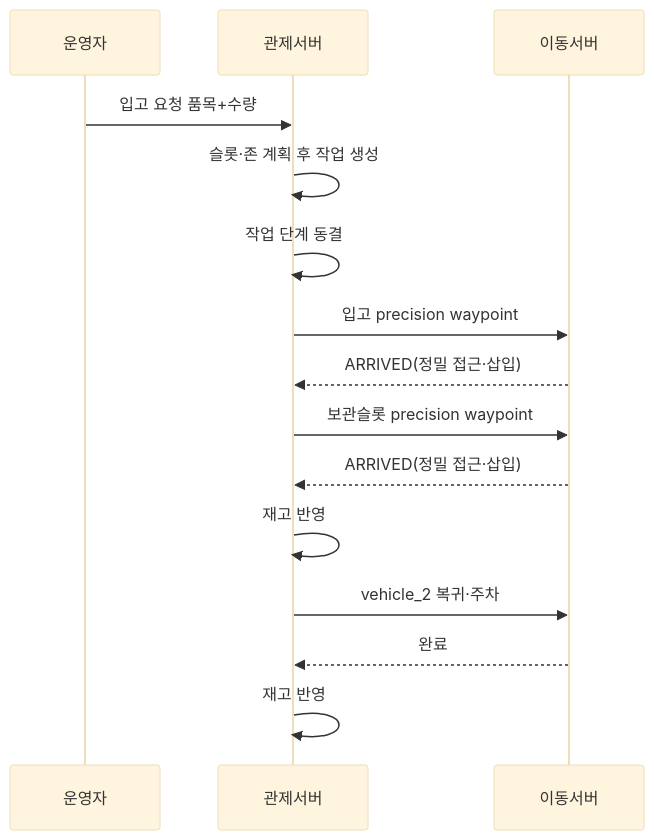
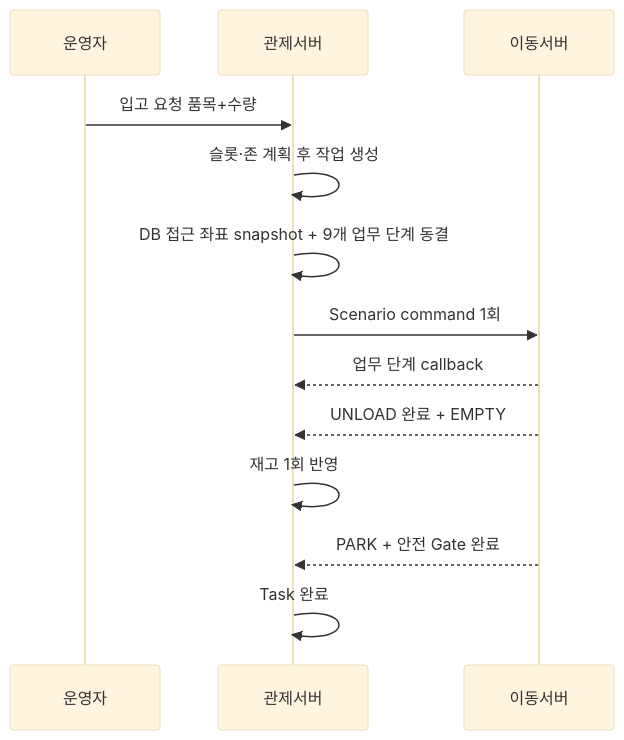
The fourth of 10 diagrams in main_server/docs/ARCHITECTURE.md (eduwing-robotics/ros2-ai-amr-repo3), drawn with Mermaid (base theme) before and after one commit. The commit also changed other lines of this file and 31 other files, not shown here.

Commit message:
feat(main): adopt movement scenario api v1

````diff
--- a/main_server/docs/ARCHITECTURE.md
+++ b/main_server/docs/ARCHITECTURE.md
@@ -95,17 +97,15 @@
 ```mermaid
 sequenceDiagram
   participant Op as 운영자
   participant Main as 관제서버
   participant Mov as 이동서버
   Op->>Main: 입고 요청 품목+수량
   Main->>Main: 슬롯·존 계획 후 작업 생성
-  Main->>Main: 작업 단계 동결
-  Main->>Mov: 입고 precision waypoint
-  Mov-->>Main: ARRIVED(정밀 접근·삽입)
-  Main->>Mov: 보관슬롯 precision waypoint
-  Mov-->>Main: ARRIVED(정밀 접근·삽입)
-  Main->>Main: 재고 반영
-  Main->>Mov: vehicle_2 복귀·주차
-  Mov-->>Main: 완료
-  Main->>Main: 재고 반영
+  Main->>Main: DB 접근 좌표 snapshot + 9개 업무 단계 동결
+  Main->>Mov: Scenario command 1회
+  Mov-->>Main: 업무 단계 callback
+  Mov-->>Main: UNLOAD 완료 + EMPTY
+  Main->>Main: 재고 1회 반영
+  Mov-->>Main: PARK + 안전 Gate 완료
+  Main->>Main: Task 완료
 ```
````
